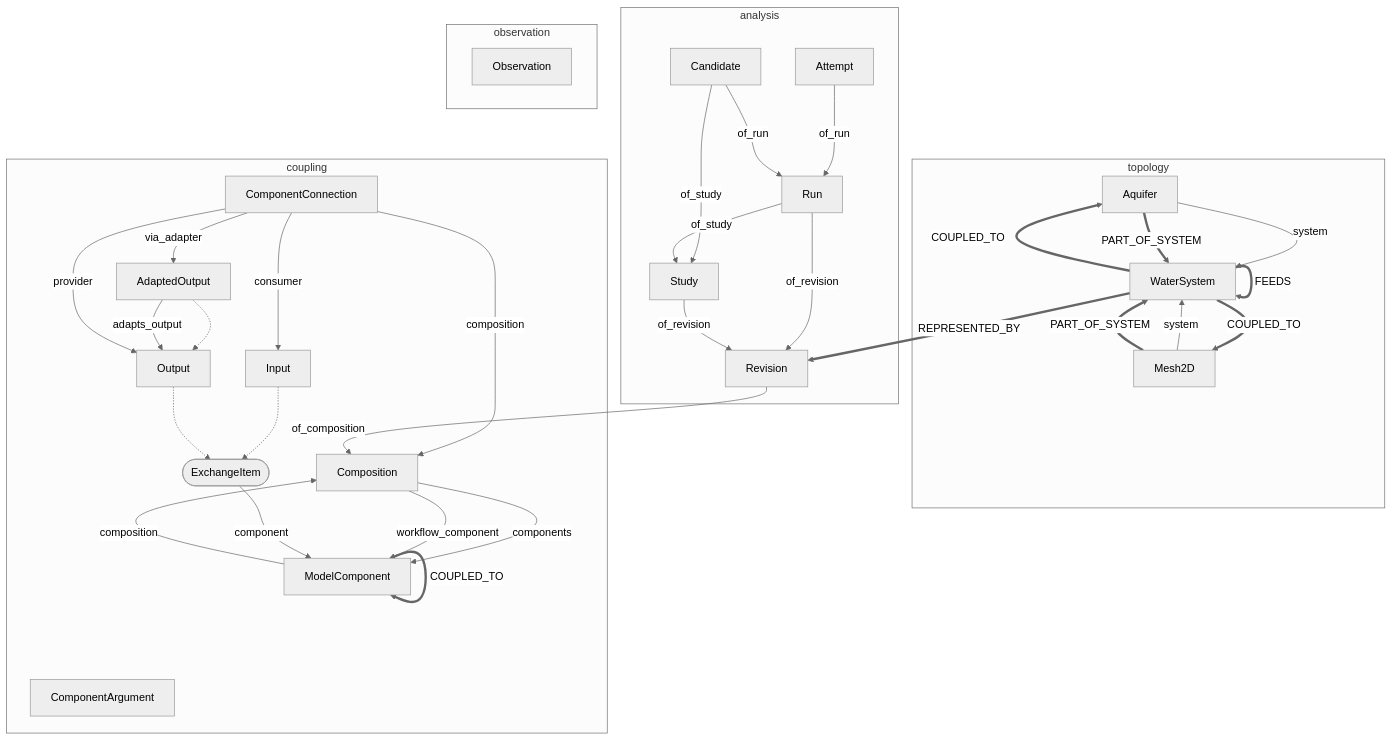
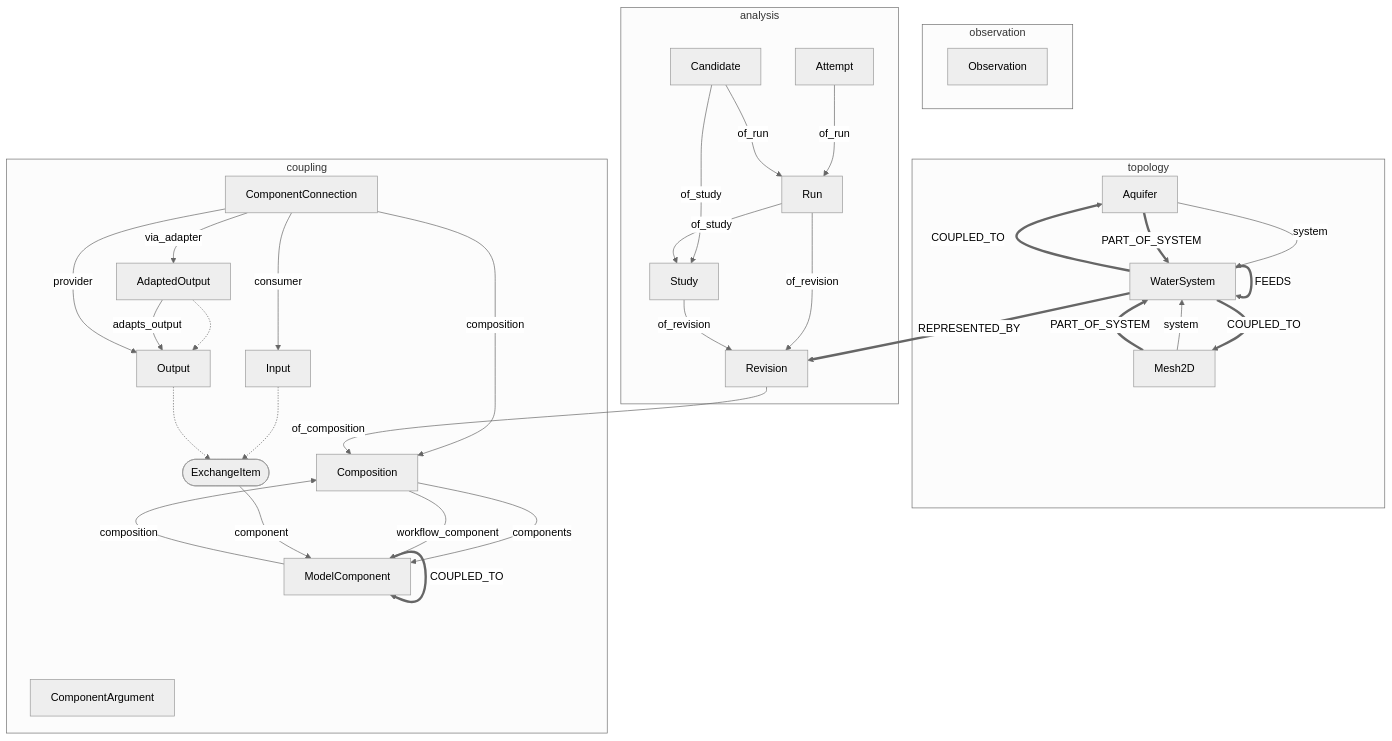
The third of 5 diagrams in docs/diagrams/knowledge-graph.md (HydroCouple/water-ontology), drawn with Mermaid (neutral theme) before and after one commit. The commit also changed other lines of this file and 31 other files, not shown here.

First line of the commit message:
Step 4.1: end-to-end SWMM example (engine loader, DuckDB harness, committed rows, mutation tests); deterministic diagrams

````diff
--- a/docs/diagrams/knowledge-graph.md
+++ b/docs/diagrams/knowledge-graph.md
@@ -156,56 +156,56 @@
 ```mermaid
 flowchart TB
   subgraph wsys_topology["topology"]
     Aquifer["Aquifer"]
     Mesh2D["Mesh2D"]
     WaterSystem["WaterSystem"]
+  end
+  subgraph wsys_observation["observation"]
+    Observation["Observation"]
   end
   subgraph wsys_coupling["coupling"]
     AdaptedOutput["AdaptedOutput"]
     ComponentArgument["ComponentArgument"]
     ComponentConnection["ComponentConnection"]
     Composition["Composition"]
     ExchangeItem(["ExchangeItem"])
     Input["Input"]
     ModelComponent["ModelComponent"]
     Output["Output"]
   end
   subgraph wsys_analysis["analysis"]
     Attempt["Attempt"]
     Candidate["Candidate"]
     Revision["Revision"]
     Run["Run"]
     Study["Study"]
-  end
-  subgraph wsys_observation["observation"]
-    Observation["Observation"]
   end
   AdaptedOutput -.-> Output
   Input -.-> ExchangeItem
   Output -.-> ExchangeItem
   AdaptedOutput -- adapts_output --> Output
   Aquifer -- system --> WaterSystem
   Attempt -- of_run --> Run
   Candidate -- of_study --> Study
   Candidate -- of_run --> Run
   ComponentConnection -- composition --> Composition
   ComponentConnection -- provider --> Output
   ComponentConnection -- consumer --> Input
   ComponentConnection -- via_adapter --> AdaptedOutput
   Composition -- components --> ModelComponent
   Composition -- workflow_component --> ModelComponent
   ExchangeItem -- component --> ModelComponent
   Mesh2D -- system --> WaterSystem
   ModelComponent -- composition --> Composition
   Revision -- of_composition --> Composition
   Run -- of_revision --> Revision
   Run -- of_study --> Study
   Study -- of_revision --> Revision
   WaterSystem == FEEDS ==> WaterSystem
   Aquifer == PART_OF_SYSTEM ==> WaterSystem
   Mesh2D == PART_OF_SYSTEM ==> WaterSystem
   WaterSystem == REPRESENTED_BY ==> Revision
   ModelComponent == COUPLED_TO ==> ModelComponent
   WaterSystem == COUPLED_TO ==> Mesh2D
   WaterSystem == COUPLED_TO ==> Aquifer
 ```
````
